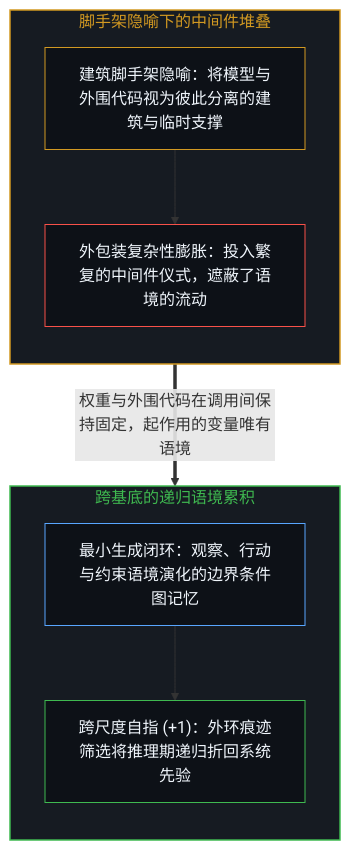
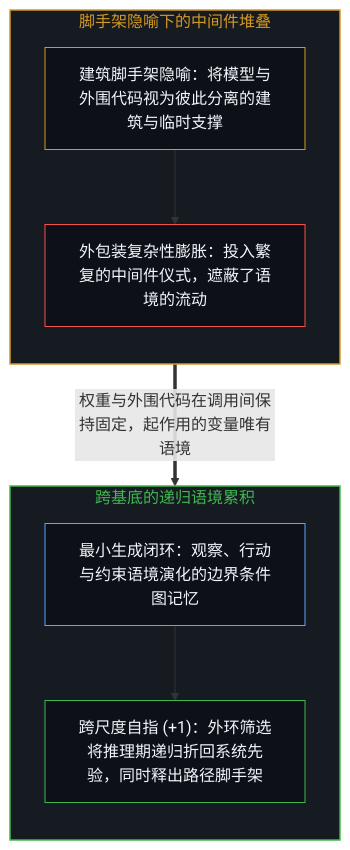
Before and after one commit to powerpig99/not-a-toe: the first of 2 diagrams in content/posts/scaffolds-or-specialized-contexts.md, drawn with Mermaid. The commit also changed other lines of this file and 13 other files, not shown here.

````diff
--- a/content/posts/scaffolds-or-specialized-contexts.md
+++ b/content/posts/scaffolds-or-specialized-contexts.md
@@ -17,22 +17,22 @@
 ```mermaid
 flowchart TD
     subgraph S_Wrapper["脚手架隐喻下的中间件堆叠"]
         direction TB
         Metaphor["建筑脚手架隐喻：将模型与外围代码视为彼此分离的建筑与临时支撑"]
         Bloat["外包装复杂性膨胀：投入繁复的中间件仪式，遮蔽了语境的流动"]
         Metaphor --> Bloat
     end
     subgraph S_Context["跨基底的递归语境累积"]
         direction TB
         MinLoop["最小生成闭环：观察、行动与约束语境演化的边界条件图记忆"]
-        SelfRef["跨尺度自指 (+1)：外环痕迹筛选将推理期递归折回系统先验"]
+        SelfRef["跨尺度自指 (+1)：外环筛选将推理期递归折回系统先验，同时释出路径脚手架"]
         MinLoop --> SelfRef
     end
     Bloat ==>|"权重与外围代码在调用间保持固定，起作用的变量唯有语境"| MinLoop
     style S_Wrapper fill:#161b22,stroke:#d29922,stroke-width:1.5px,color:#d29922
     style S_Context fill:#161b22,stroke:#3fb950,stroke-width:1.5px,color:#3fb950
     style Metaphor fill:#0d1117,stroke:#d29922,stroke-width:1px,color:#f0f6fc
     style Bloat fill:#0d1117,stroke:#f85149,stroke-width:1px,color:#f0f6fc
     style MinLoop fill:#0d1117,stroke:#58a6ff,stroke-width:1px,color:#f0f6fc
     style SelfRef fill:#0d1117,stroke:#3fb950,stroke-width:1px,color:#f0f6fc
 ```
````
